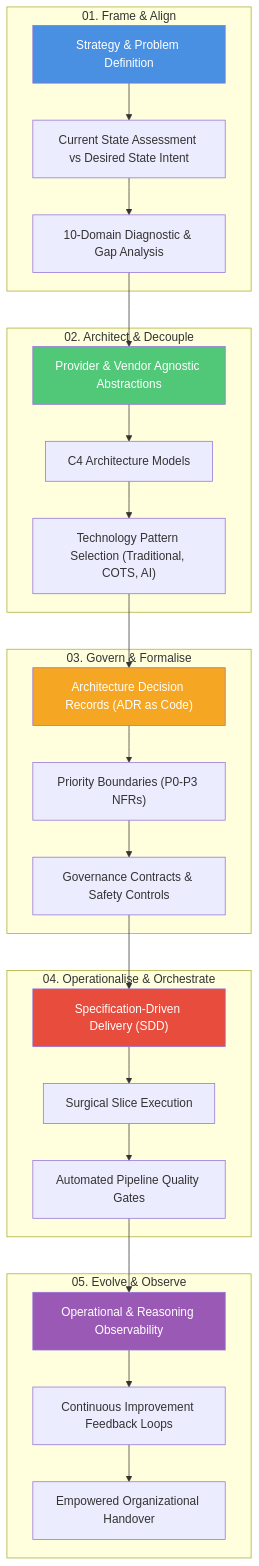
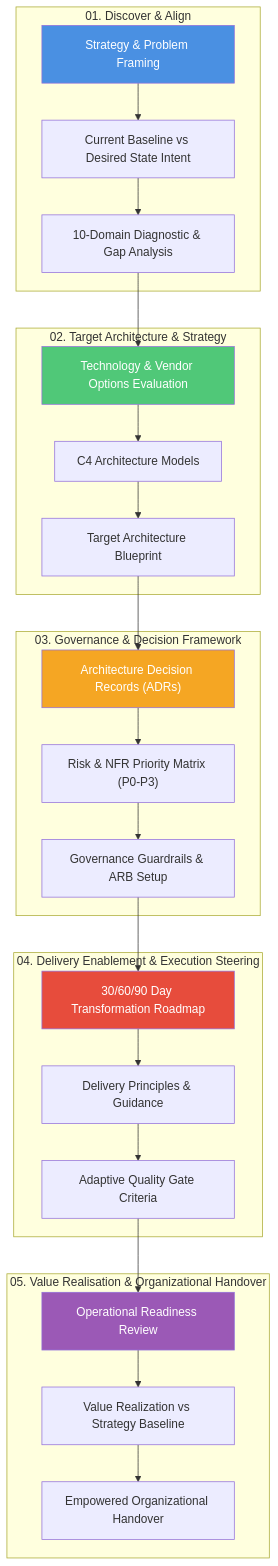
Before and after one commit to avfranco-br/portfolio: the first of 2 diagrams in docs/sop/index.md, drawn with Mermaid. The commit also changed other lines of this file and 14 other files, not shown here.

Commit message:
refactor(sop): pivot SOP to Enterprise Architecture Customer Engagement Lifecycle and Adaptive Archetypes

````diff
--- a/docs/sop/index.md
+++ b/docs/sop/index.md
@@ -18,44 +19,44 @@
 ```mermaid
 graph TD
-    subgraph "01. Frame & Align"
-        S1["Strategy & Problem Definition"]
-        S2["Current State Assessment vs Desired State Intent"]
+    subgraph "01. Discover & Align"
+        S1["Strategy & Problem Framing"]
+        S2["Current Baseline vs Desired State Intent"]
         S3["10-Domain Diagnostic & Gap Analysis"]
     end
 
-    subgraph "02. Architect & Decouple"
-        A1["Provider & Vendor Agnostic Abstractions"]
+    subgraph "02. Target Architecture & Strategy"
+        A1["Technology & Vendor Options Evaluation"]
         A2["C4 Architecture Models"]
-        A3["Technology Pattern Selection (Traditional, COTS, AI)"]
+        A3["Target Architecture Blueprint"]
     end
 
-    subgraph "03. Govern & Formalise"
-        G1["Architecture Decision Records (ADR as Code)"]
-        G2["Priority Boundaries (P0-P3 NFRs)"]
-        G3["Governance Contracts & Safety Controls"]
+    subgraph "03. Governance & Decision Framework"
+        G1["Architecture Decision Records (ADRs)"]
+        G2["Risk & NFR Priority Matrix (P0-P3)"]
+        G3["Governance Guardrails & ARB Setup"]
     end
 
-    subgraph "04. Operationalise & Orchestrate"
-        D1["Specification-Driven Delivery (SDD)"]
-        D2["Surgical Slice Execution"]
-        D3["Automated Pipeline Quality Gates"]
+    subgraph "04. Delivery Enablement & Execution Steering"
+        D1["30/60/90 Day Transformation Roadmap"]
+        D2["Delivery Principles & Guidance"]
+        D3["Adaptive Quality Gate Criteria"]
     end
 
-    subgraph "05. Evolve & Observe"
-        E1["Operational & Reasoning Observability"]
-        E2["Continuous Improvement Feedback Loops"]
+    subgraph "05. Value Realisation & Organizational Handover"
+        E1["Operational Readiness Review"]
+        E2["Value Realization vs Strategy Baseline"]
         E3["Empowered Organizational Handover"]
     end
 
     S1 --> S2 --> S3 --> A1
     A1 --> A2 --> A3 --> G1
     G1 --> G2 --> G3 --> D1
     D1 --> D2 --> D3 --> E1
     E1 --> E2 --> E3
 
     style S1 fill:#4A90E2,color:#fff
     style A1 fill:#50C878,color:#fff
     style G1 fill:#F5A623,color:#fff
     style D1 fill:#E74C3C,color:#fff
     style E1 fill:#9B59B6,color:#fff
 ```
````
